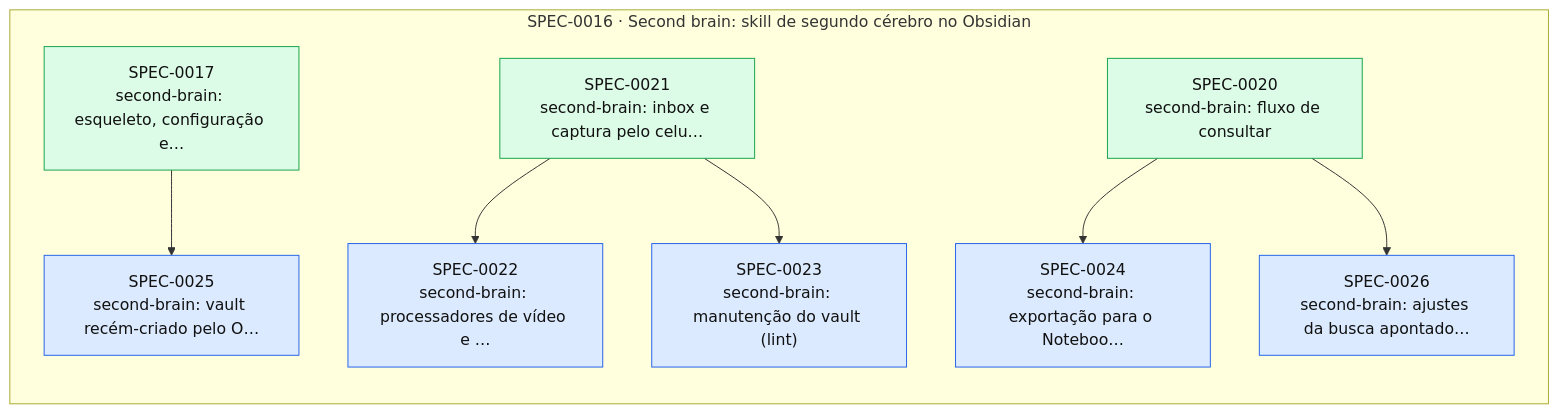
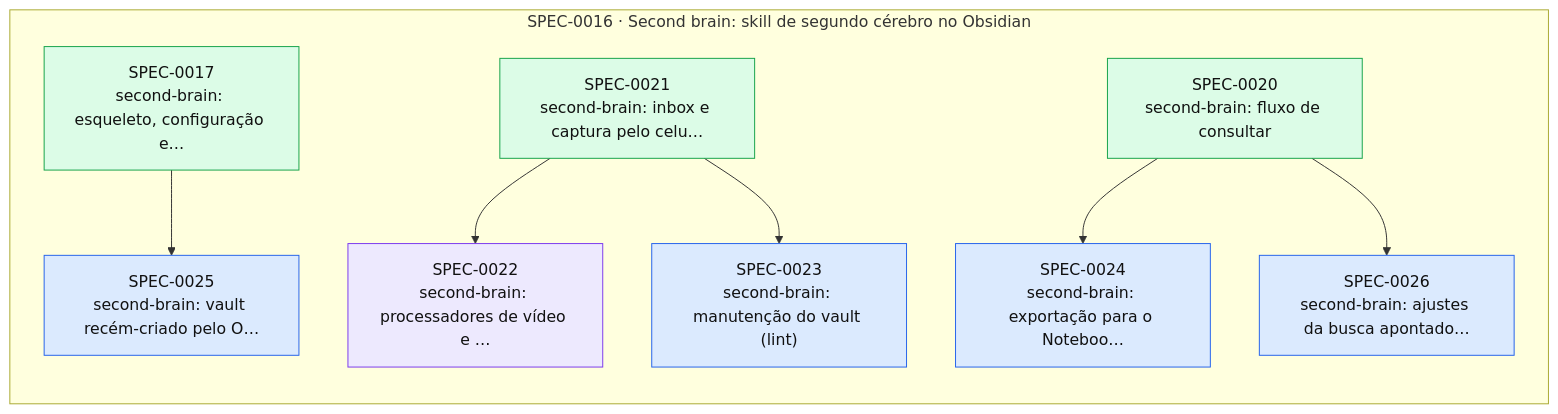
One commit to thomasravache/ai-dev-brain changed the diagram in docs/specs/INDEX.md. Above: the diagram before and after it, drawn with Mermaid. The commit also changed other lines of this file and 1 other file, not shown here.

First line of the commit message:
docs(specs): SPEC-0022 em execução

````diff
--- a/docs/specs/INDEX.md
+++ b/docs/specs/INDEX.md
@@ -49,23 +49,23 @@
 ```mermaid
 flowchart LR
   subgraph E0016["SPEC-0016 · Second brain: skill de segundo cérebro no Obsidian"]
     S0017["SPEC-0017<br/>second-brain: esqueleto, configuração e…"]:::implemented
     S0020["SPEC-0020<br/>second-brain: fluxo de consultar"]:::implemented
     S0021["SPEC-0021<br/>second-brain: inbox e captura pelo celu…"]:::implemented
-    S0022["SPEC-0022<br/>second-brain: processadores de vídeo e …"]:::approved
+    S0022["SPEC-0022<br/>second-brain: processadores de vídeo e …"]:::inprogress
     S0023["SPEC-0023<br/>second-brain: manutenção do vault (lint)"]:::approved
     S0024["SPEC-0024<br/>second-brain: exportação para o Noteboo…"]:::approved
     S0025["SPEC-0025<br/>second-brain: vault recém-criado pelo O…"]:::approved
     S0026["SPEC-0026<br/>second-brain: ajustes da busca apontado…"]:::approved
   end
   S0021 --> S0022
   S0021 --> S0023
   S0020 --> S0024
   S0017 --> S0025
   S0020 --> S0026
   classDef proposed fill:#fef3c7,stroke:#d97706,color:#111
   classDef approved fill:#dbeafe,stroke:#2563eb,color:#111
   classDef inprogress fill:#ede9fe,stroke:#7c3aed,color:#111
   classDef implemented fill:#dcfce7,stroke:#16a34a,color:#111
   classDef deprecated fill:#f3f4f6,stroke:#9ca3af,color:#6b7280
 ```
````
